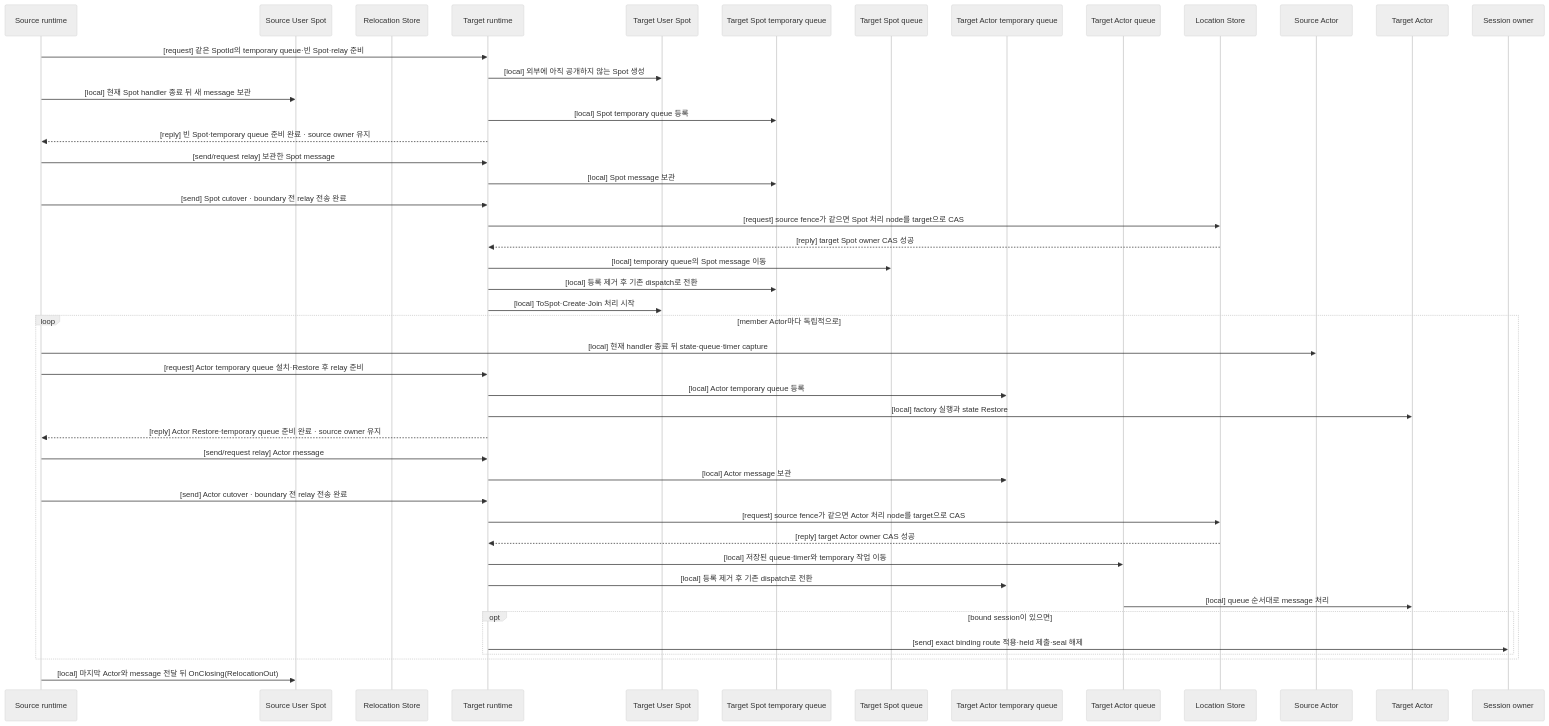
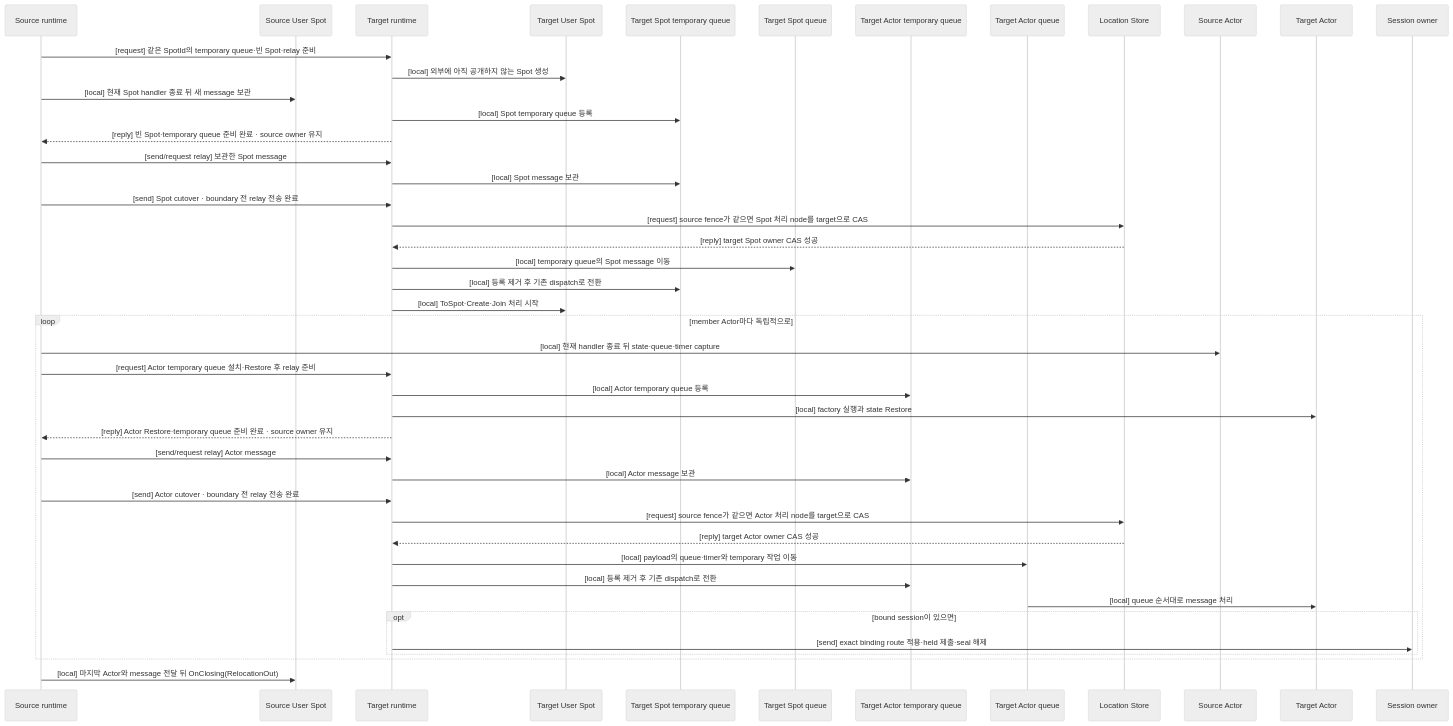
The sixth of 8 diagrams in framework/doc/framework/common/spec/server/30-host-relocation-flow.ko.md (zlink-systems/zlink), drawn with Mermaid (neutral theme) before and after one commit. The commit also changed other lines of this file and 145 other files, not shown here.

````diff
--- a/framework/doc/framework/common/spec/server/30-host-relocation-flow.ko.md
+++ b/framework/doc/framework/common/spec/server/30-host-relocation-flow.ko.md
@@ -662,49 +731,48 @@
 ```mermaid
 sequenceDiagram
     participant SourceRuntime as Source runtime
     participant SourceSpot as Source User Spot
-    participant RelocationStore as Relocation Store
     participant TargetRuntime as Target runtime
     participant TargetSpot as Target User Spot
     participant TargetSpotTemp as Target Spot temporary queue
     participant TargetSpotQueue as Target Spot queue
     participant TargetActorTemp as Target Actor temporary queue
     participant TargetActorQueue as Target Actor queue
     participant LocationStore as Location Store
     participant SourceActor as Source Actor
     participant TargetActor as Target Actor
     participant SessionOwner as Session owner
 
     SourceRuntime->>TargetRuntime: [request] 같은 SpotId의 temporary queue·빈 Spot·relay 준비
     TargetRuntime->>TargetSpot: [local] 외부에 아직 공개하지 않는 Spot 생성
     SourceRuntime->>SourceSpot: [local] 현재 Spot handler 종료 뒤 새 message 보관
     TargetRuntime->>TargetSpotTemp: [local] Spot temporary queue 등록
     TargetRuntime-->>SourceRuntime: [reply] 빈 Spot·temporary queue 준비 완료 · source owner 유지
     SourceRuntime->>TargetRuntime: [send/request relay] 보관한 Spot message
     TargetRuntime->>TargetSpotTemp: [local] Spot message 보관
     SourceRuntime->>TargetRuntime: [send] Spot cutover · boundary 전 relay 전송 완료
     TargetRuntime->>LocationStore: [request] source fence가 같으면 Spot 처리 node를 target으로 CAS
     LocationStore-->>TargetRuntime: [reply] target Spot owner CAS 성공
     TargetRuntime->>TargetSpotQueue: [local] temporary queue의 Spot message 이동
     TargetRuntime->>TargetSpotTemp: [local] 등록 제거 후 기존 dispatch로 전환
     TargetRuntime->>TargetSpot: [local] ToSpot·Create·Join 처리 시작
     loop member Actor마다 독립적으로
         SourceRuntime->>SourceActor: [local] 현재 handler 종료 뒤 state·queue·timer capture
         SourceRuntime->>TargetRuntime: [request] Actor temporary queue 설치·Restore 후 relay 준비
         TargetRuntime->>TargetActorTemp: [local] Actor temporary queue 등록
         TargetRuntime->>TargetActor: [local] factory 실행과 state Restore
         TargetRuntime-->>SourceRuntime: [reply] Actor Restore·temporary queue 준비 완료 · source owner 유지
         SourceRuntime->>TargetRuntime: [send/request relay] Actor message
         TargetRuntime->>TargetActorTemp: [local] Actor message 보관
         SourceRuntime->>TargetRuntime: [send] Actor cutover · boundary 전 relay 전송 완료
         TargetRuntime->>LocationStore: [request] source fence가 같으면 Actor 처리 node를 target으로 CAS
         LocationStore-->>TargetRuntime: [reply] target Actor owner CAS 성공
-        TargetRuntime->>TargetActorQueue: [local] 저장된 queue·timer와 temporary 작업 이동
+        TargetRuntime->>TargetActorQueue: [local] payload의 queue·timer와 temporary 작업 이동
         TargetRuntime->>TargetActorTemp: [local] 등록 제거 후 기존 dispatch로 전환
         TargetActorQueue->>TargetActor: [local] queue 순서대로 message 처리
         opt bound session이 있으면
             TargetRuntime->>SessionOwner: [send] exact binding route 적용·held 제출·seal 해제
         end
     end
     SourceRuntime->>SourceSpot: [local] 마지막 Actor와 message 전달 뒤 OnClosing(RelocationOut)
 ```
````
